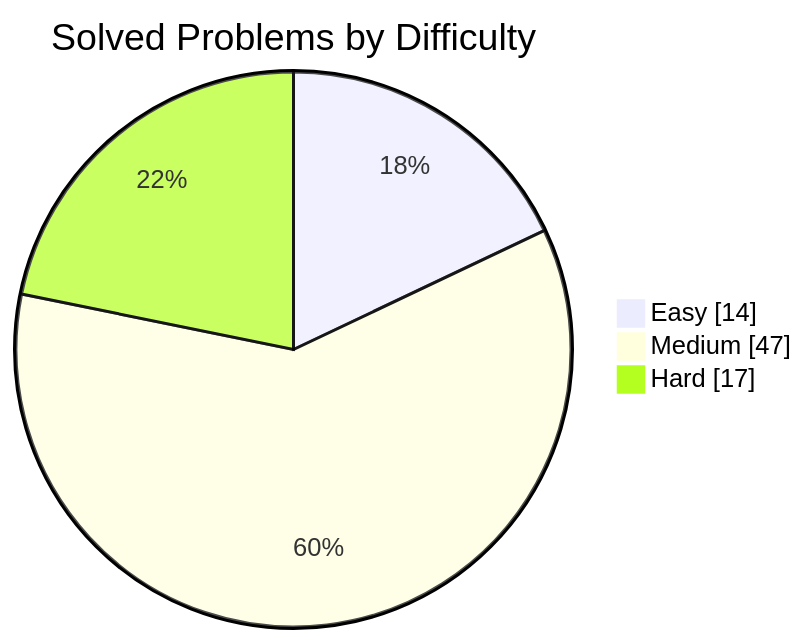
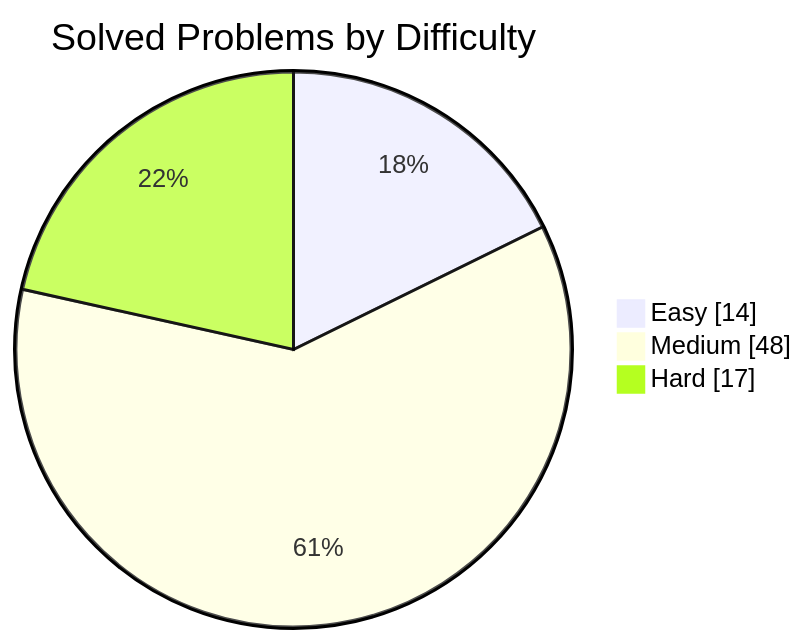
Before and after one commit to manikantbindass/DSA-Preparation-FAANG-: the first of 2 diagrams in README.md, drawn with Mermaid. The commit also changed other lines of this file and 9 other files, not shown here.

````diff
--- a/README.md
+++ b/README.md
@@ -38,7 +38,7 @@
 ```mermaid
 pie showData
     title Solved Problems by Difficulty
     "Easy" : 14
-    "Medium" : 47
+    "Medium" : 48
     "Hard" : 17
 ```
````
